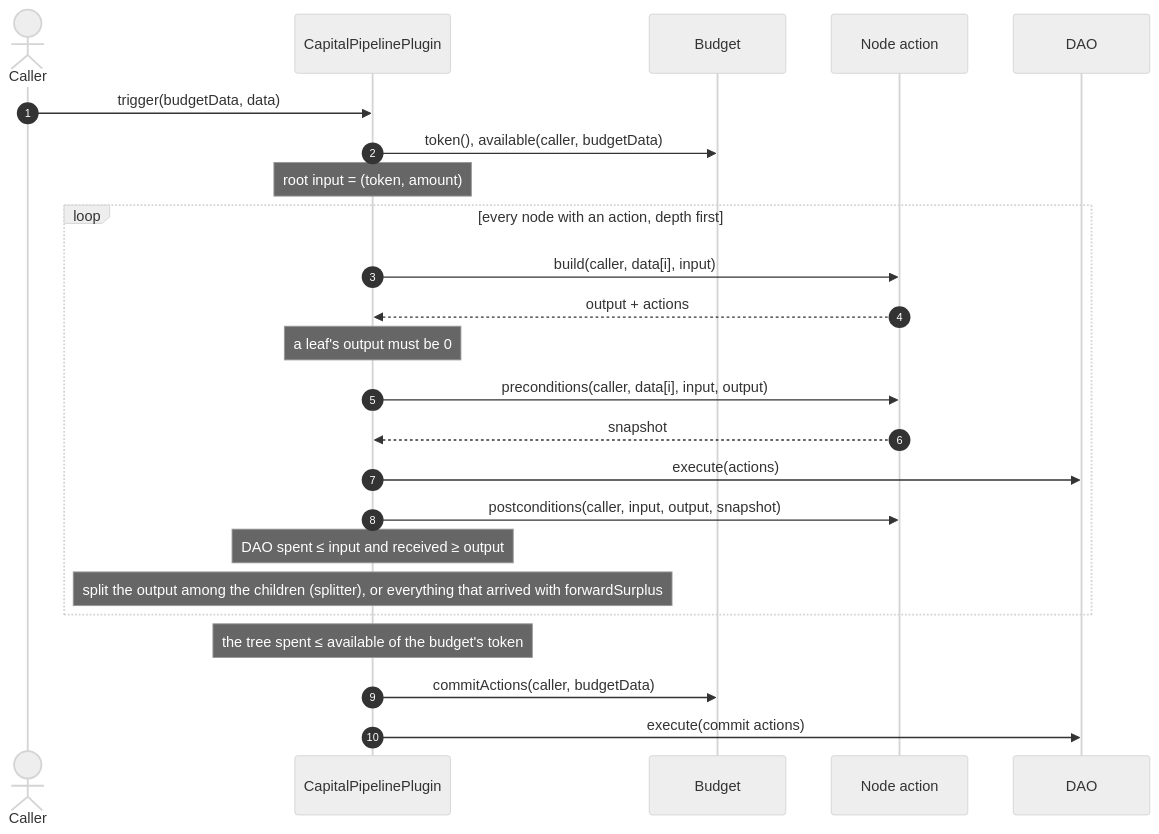
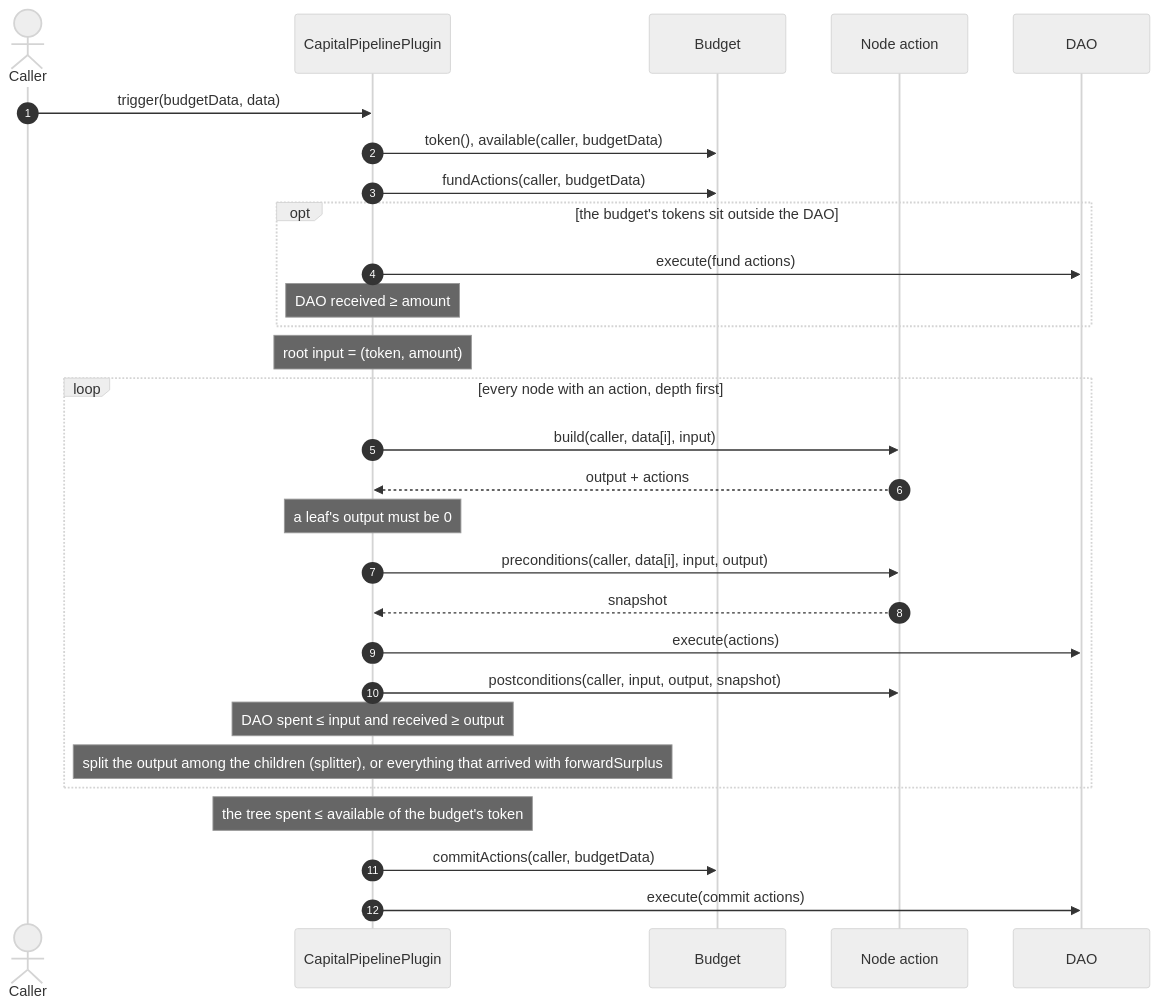
One commit to antfarm-official/tree-capital changed the second of 10 diagrams in README.md. Above: the diagram before and after it, drawn with Mermaid (neutral theme). The commit also changed other lines of this file and 9 other files, not shown here.

````diff
--- a/README.md
+++ b/README.md
@@ -58,27 +58,32 @@
 ```mermaid
 sequenceDiagram
     autonumber
     actor Caller
     participant Plugin as CapitalPipelinePlugin
     participant Budget
     participant Action as Node action
     participant DAO
 
     Caller->>Plugin: trigger(budgetData, data)
     Plugin->>Budget: token(), available(caller, budgetData)
+    Plugin->>Budget: fundActions(caller, budgetData)
+    opt the budget's tokens sit outside the DAO
+        Plugin->>DAO: execute(fund actions)
+        Note over Plugin: DAO received ≥ amount
+    end
     Note over Plugin: root input = (token, amount)
     loop every node with an action, depth first
         Plugin->>Action: build(caller, data[i], input)
         Action-->>Plugin: output + actions
         Note over Plugin: a leaf's output must be 0
         Plugin->>Action: preconditions(caller, data[i], input, output)
         Action-->>Plugin: snapshot
         Plugin->>DAO: execute(actions)
         Plugin->>Action: postconditions(caller, input, output, snapshot)
         Note over Plugin: DAO spent ≤ input and received ≥ output
         Note over Plugin: split the output among the children (splitter), or everything that arrived with forwardSurplus
     end
     Note over Plugin: the tree spent ≤ available of the budget's token
     Plugin->>Budget: commitActions(caller, budgetData)
     Plugin->>DAO: execute(commit actions)
 ```
````
